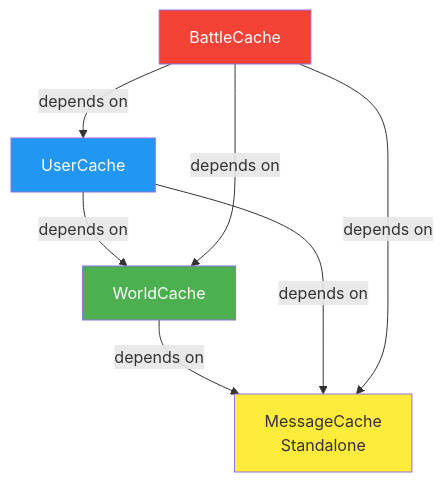
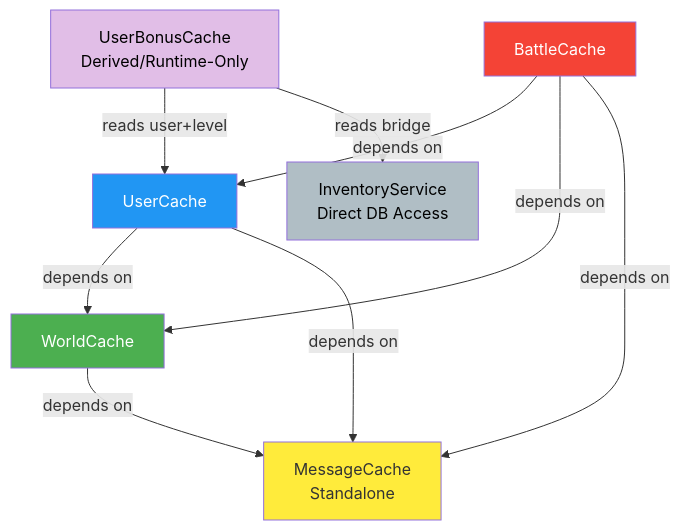
The third of 10 diagrams in doc/architecture/arc42-architecture.md (MarkDrei/Spacewars3), drawn with Mermaid before and after one commit. The commit also changed other lines of this file and 8 other files, not shown here.

Commit message:
Tasks 3-6: Complete bonus system integration, fix test setup, add architecture docs

````diff
--- a/doc/architecture/arc42-architecture.md
+++ b/doc/architecture/arc42-architecture.md
@@ -242,19 +252,25 @@
 ```mermaid
 graph TD
     MC[MessageCache<br/>Standalone]
     WC[WorldCache]
     UC[UserCache]
     BC[BattleCache]
+    UBC[UserBonusCache<br/>Derived/Runtime-Only]
+    IS[InventoryService<br/>Direct DB Access]
 
     WC -->|depends on| MC
     UC -->|depends on| WC
     UC -->|depends on| MC
     BC -->|depends on| UC
     BC -->|depends on| WC
     BC -->|depends on| MC
+    UBC -->|reads user+level| UC
+    UBC -->|reads bridge| IS
 
     style MC fill:#ffeb3b
     style WC fill:#4caf50,color:#fff
     style UC fill:#2196f3,color:#fff
     style BC fill:#f44336,color:#fff
+    style UBC fill:#e1bee7,color:#000
+    style IS fill:#b0bec5,color:#000
 ```
````
